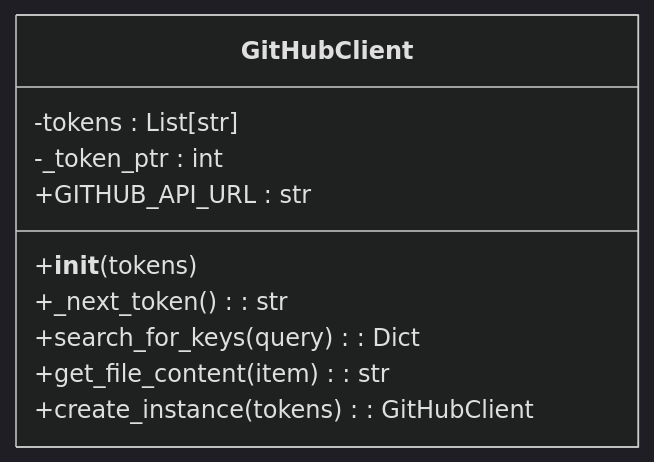
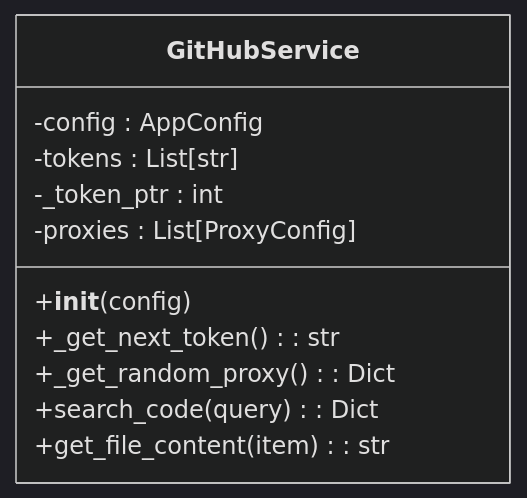
One commit to james-6-23/APIKEY-king changed the fourth of 8 diagrams in .qoder/repowiki/zh/content/核心功能详解/核心功能详解.md. Above: the diagram before and after it, drawn with Mermaid (dark theme). The commit also changed other lines of this file and 49 other files, not shown here.

````diff
--- a/.qoder/repowiki/zh/content/核心功能详解/核心功能详解.md
+++ b/.qoder/repowiki/zh/content/核心功能详解/核心功能详解.md
@@ -101,13 +132,14 @@
 ```mermaid
 classDiagram
-class GitHubClient {
+class GitHubService {
+-config : AppConfig
 -tokens : List[str]
 -_token_ptr : int
-+GITHUB_API_URL : str
-+__init__(tokens)
-+_next_token() : str
-+search_for_keys(query) : Dict
+-proxies : List[ProxyConfig]
++__init__(config)
++_get_next_token() : str
++_get_random_proxy() : Dict
++search_code(query) : Dict
 +get_file_content(item) : str
-+create_instance(tokens) : GitHubClient
 }
 ```
````
